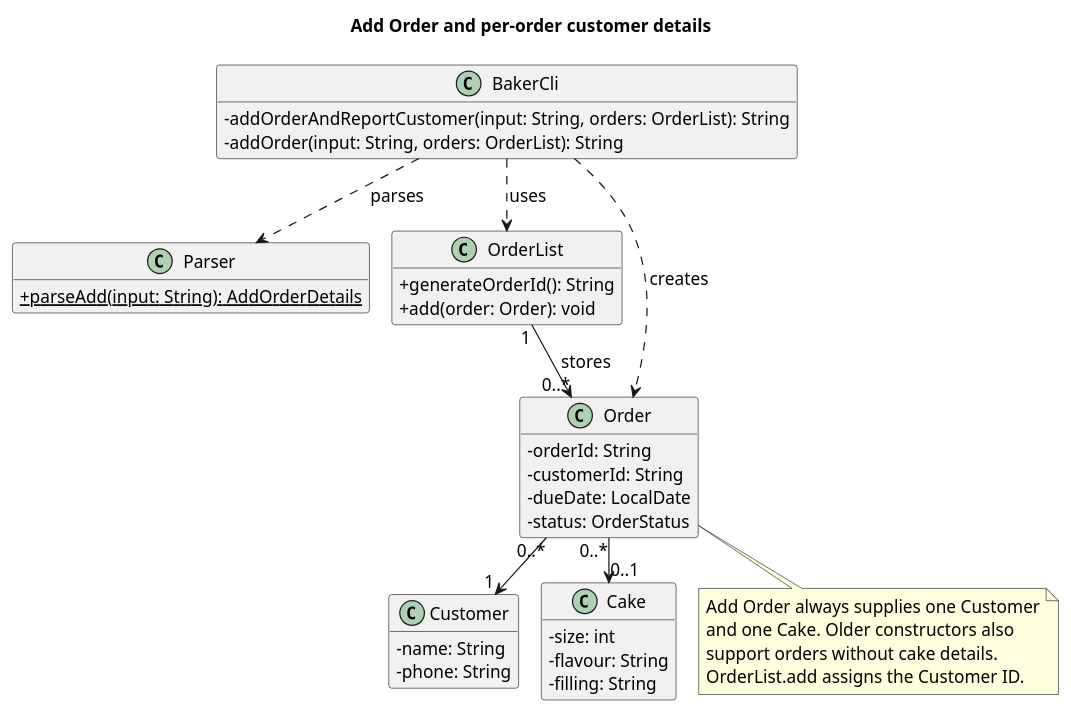
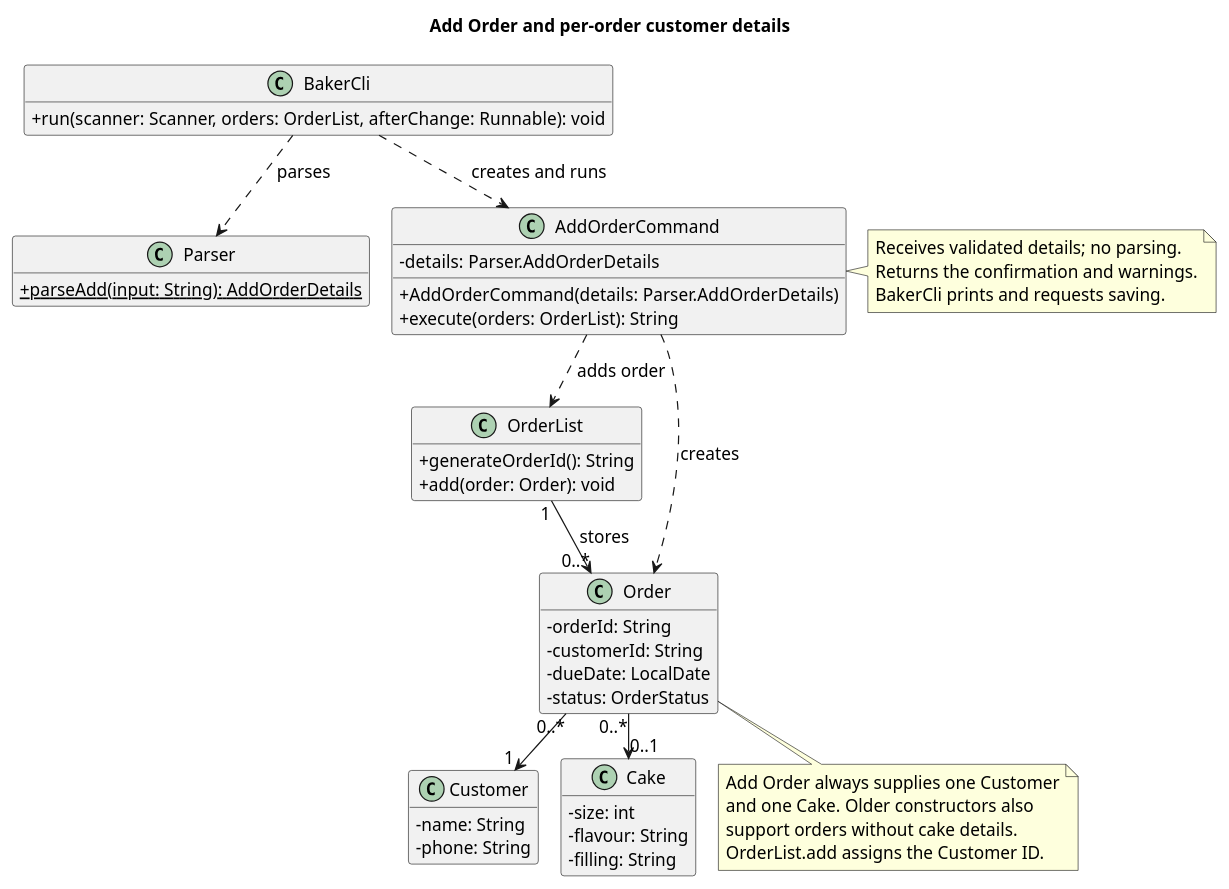
One commit to AY2627S1-CS2113-W12-1/tp changed the diagram in docs/diagrams/add-order-class.puml. Above: the diagram before and after it, drawn with PlantUML. The commit also changed 11 other files, not shown here.

First line of the commit message:
Extract AddOrderCommand

```diff
--- a/docs/diagrams/add-order-class.puml
+++ b/docs/diagrams/add-order-class.puml
@@ -1,51 +1,62 @@
 @startuml
 ' Author: Eethanzyj
 !pragma layout smetana
 title Add Order and per-order customer details
 skinparam backgroundColor white
 skinparam defaultFontName SansSerif
 skinparam defaultFontSize 14
 skinparam classAttributeIconSize 0
 hide empty members
 
 class BakerCli {
-  - addOrderAndReportCustomer(input: String, orders: OrderList): String
-  - addOrder(input: String, orders: OrderList): String
+  + run(scanner: Scanner, orders: OrderList, afterChange: Runnable): void
 }
 class Parser {
   {static} + parseAdd(input: String): AddOrderDetails
 }
 class OrderList {
   + generateOrderId(): String
   + add(order: Order): void
+}
+class AddOrderCommand {
+  - details: Parser.AddOrderDetails
+  + AddOrderCommand(details: Parser.AddOrderDetails)
+  + execute(orders: OrderList): String
 }
 class Order {
   - orderId: String
   - customerId: String
   - dueDate: LocalDate
   - status: OrderStatus
 }
 class Customer {
   - name: String
   - phone: String
 }
 class Cake {
   - size: int
   - flavour: String
   - filling: String
 }
 
 BakerCli ..> Parser : parses
-BakerCli ..> OrderList : uses
-BakerCli ..> Order : creates
+BakerCli ..> AddOrderCommand : creates and runs
+AddOrderCommand ..> OrderList : adds order
+AddOrderCommand ..> Order : creates
 OrderList "1" --> "0..*" Order : stores
 Order "0..*" --> "1" Customer
 Order "0..*" --> "0..1" Cake
 
 note bottom of Order
   Add Order always supplies one Customer
   and one Cake. Older constructors also
   support orders without cake details.
   OrderList.add assigns the Customer ID.
 end note
+
+note right of AddOrderCommand
+  Receives validated details; no parsing.
+  Returns the confirmation and warnings.
+  BakerCli prints and requests saving.
+end note
 @enduml
```
